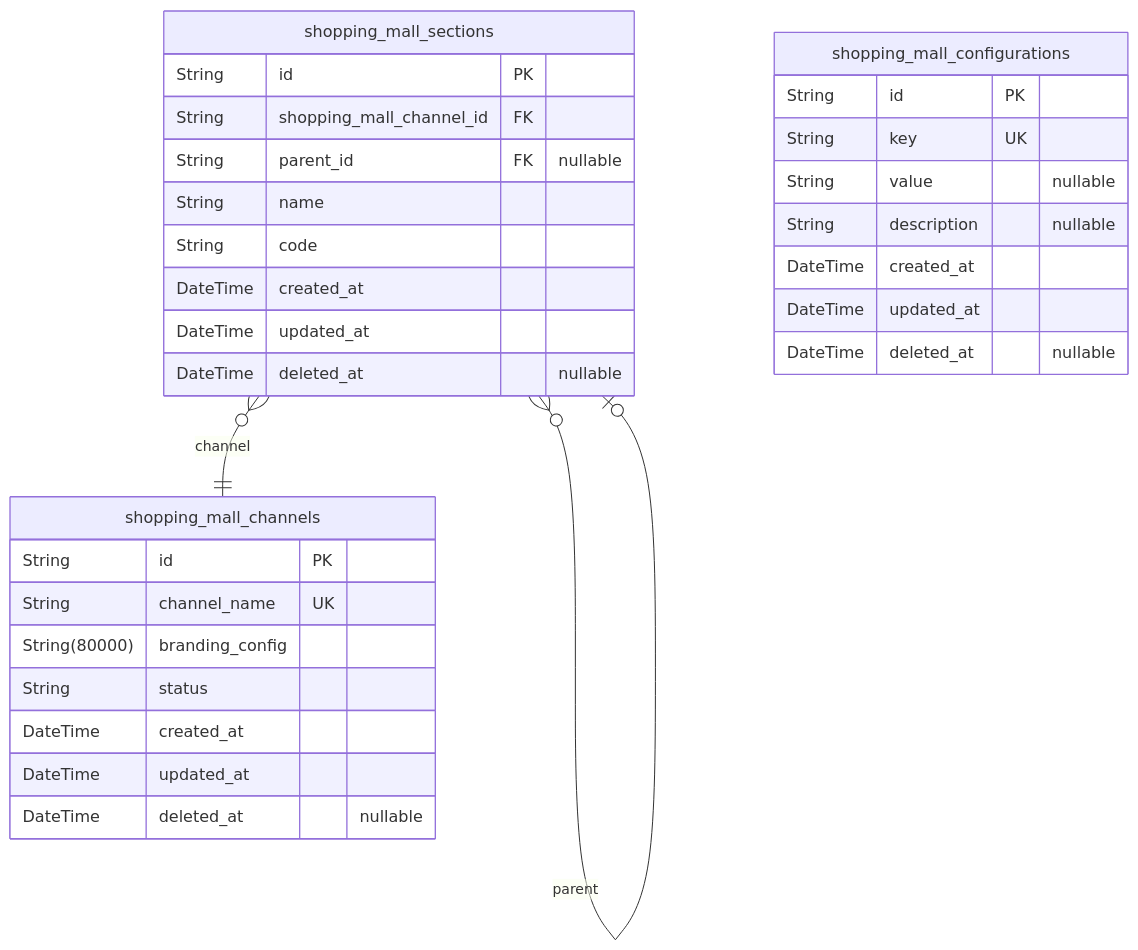
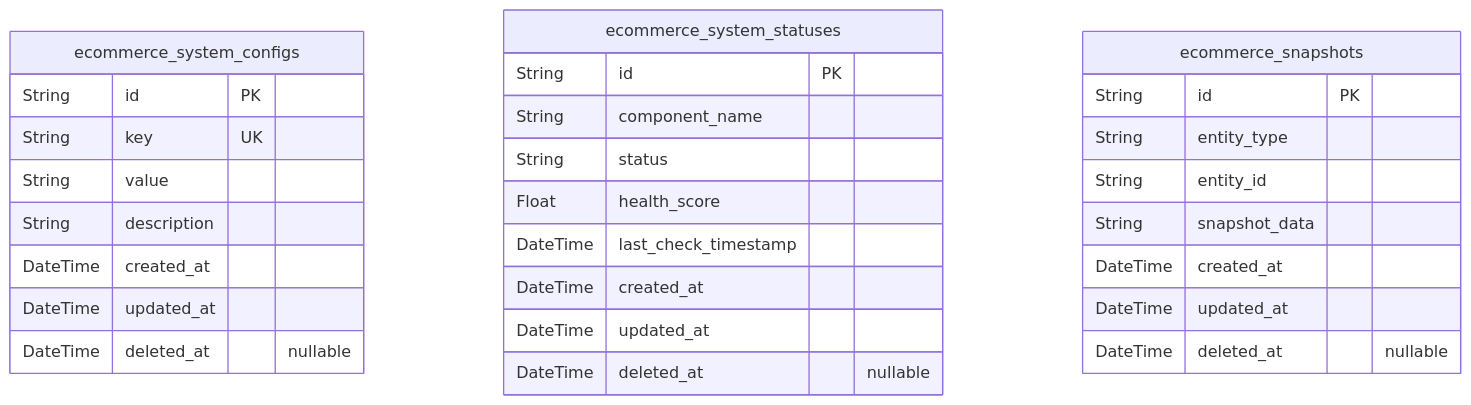
One commit to wrtnlabs/autobe-examples changed the second of 9 diagrams in qwen/qwen3-30b-a3b-thinking-2507/shopping/docs/ERD.md. Above: the diagram before and after it, drawn with Mermaid. The commit also changed other lines of this file and 11104 other files, not shown here.

````diff
--- a/qwen/qwen3-30b-a3b-thinking-2507/shopping/docs/ERD.md
+++ b/qwen/qwen3-30b-a3b-thinking-2507/shopping/docs/ERD.md
@@ -512,33 +397,31 @@
 ```mermaid
 erDiagram
-"shopping_mall_channels" {
+"ecommerce_system_configs" {
   String id PK
-  String channel_name UK
-  String(80000) branding_config
-  String status
+  String key UK
+  String value
+  String description
   DateTime created_at
   DateTime updated_at
   DateTime deleted_at "nullable"
 }
-"shopping_mall_sections" {
+"ecommerce_system_statuses" {
   String id PK
-  String shopping_mall_channel_id FK
-  String parent_id FK "nullable"
-  String name
-  String code
+  String component_name
+  String status
+  Float health_score
+  DateTime last_check_timestamp
   DateTime created_at
   DateTime updated_at
   DateTime deleted_at "nullable"
 }
-"shopping_mall_configurations" {
+"ecommerce_snapshots" {
   String id PK
-  String key UK
-  String value "nullable"
-  String description "nullable"
+  String entity_type
+  String entity_id
+  String snapshot_data
   DateTime created_at
   DateTime updated_at
   DateTime deleted_at "nullable"
 }
-"shopping_mall_sections" }o--|| "shopping_mall_channels" : channel
-"shopping_mall_sections" }o--o| "shopping_mall_sections" : parent
 ```
````
